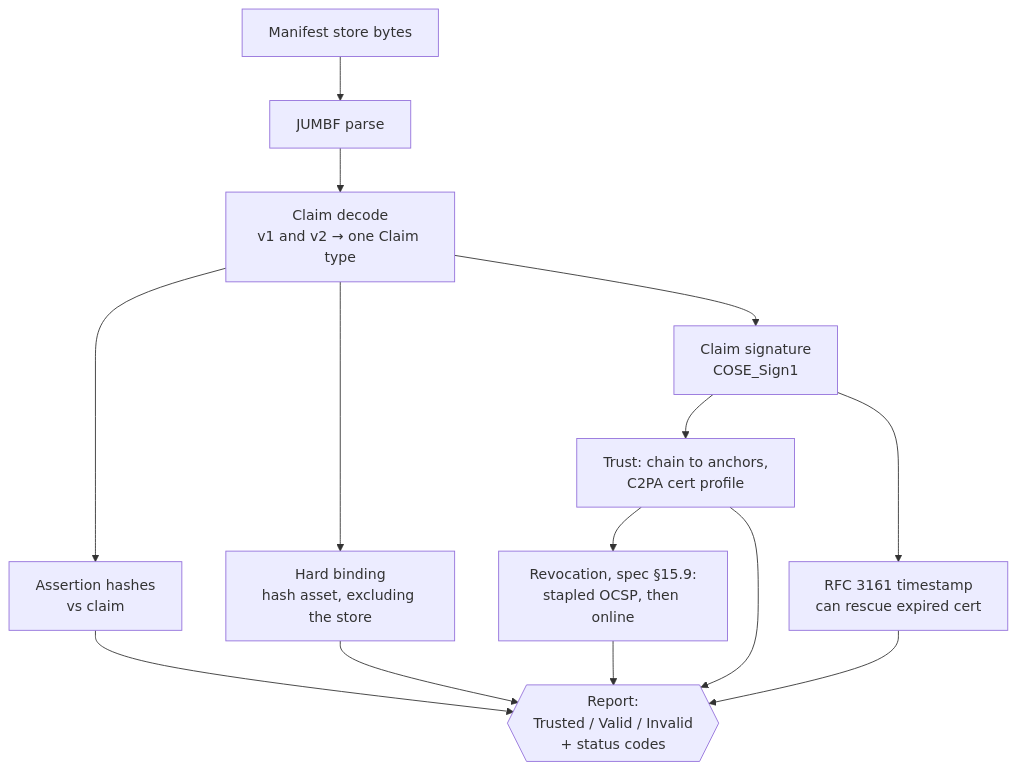
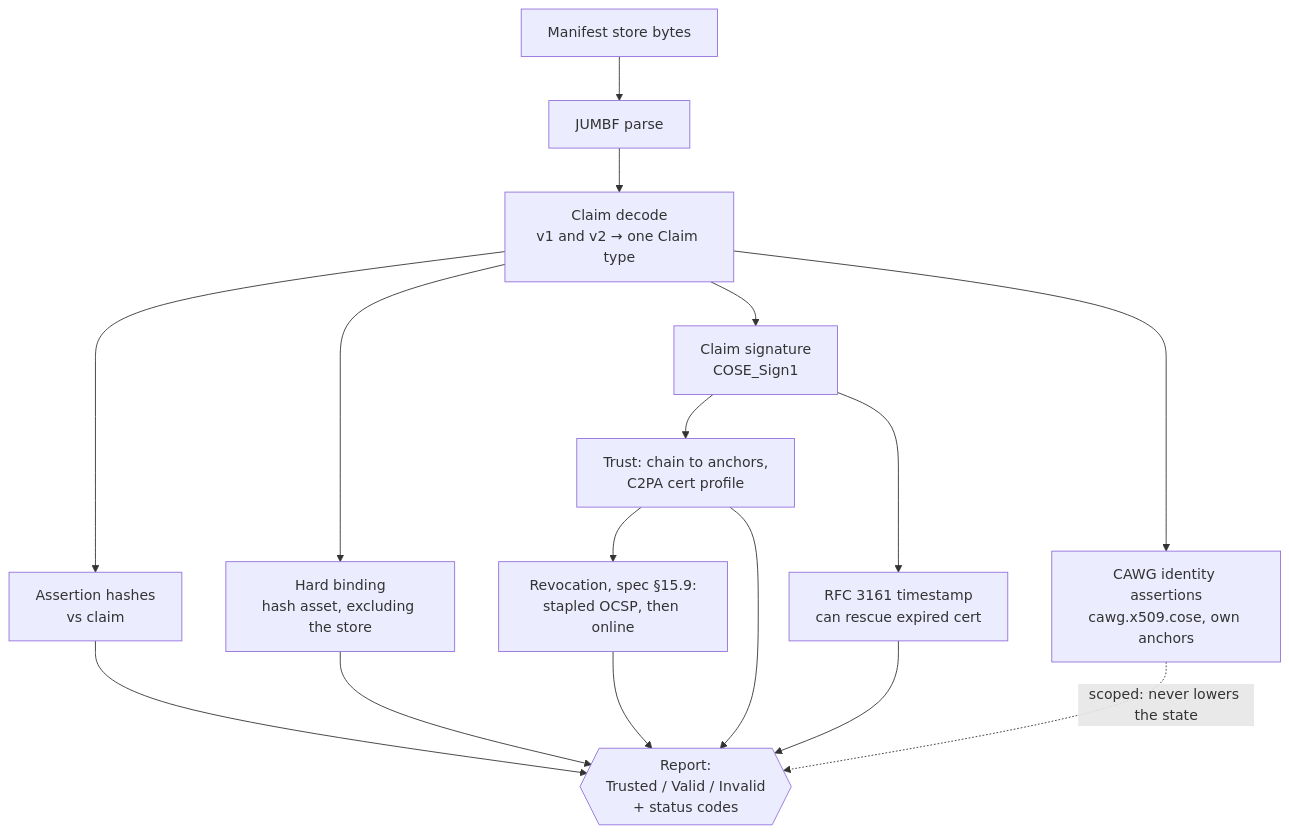
Before and after one commit to scouten/state-machine-experiment: the second of 3 diagrams in docs/walkthrough/03-read-path.md, drawn with Mermaid. The commit also changed other lines of this file and 44 other files, not shown here.

First line of the commit message:
Add CAWG identity assertions (X.509) to the reader and builder (#26)

````diff
--- a/docs/walkthrough/03-read-path.md
+++ b/docs/walkthrough/03-read-path.md
@@ -28,12 +28,14 @@
 ```mermaid
 flowchart TD
     A[Manifest store bytes] --> B[JUMBF parse]
     B --> C[Claim decode<br/>v1 and v2 → one Claim type]
     C --> D[Assertion hashes<br/>vs claim]
     C --> E[Hard binding<br/>hash asset, excluding the store]
     C --> F[Claim signature<br/>COSE_Sign1]
     F --> G[Trust: chain to anchors,<br/>C2PA cert profile]
     F --> H[RFC 3161 timestamp<br/>can rescue expired cert]
     G --> I[Revocation, spec §15.9:<br/>stapled OCSP, then online]
+    C --> J[CAWG identity assertions<br/>cawg.x509.cose, own anchors]
     D & E & G & H & I --> V{{"Report:<br/>Trusted / Valid / Invalid<br/>+ status codes"}}
+    J -.->|"scoped: never lowers the state"| V
 ```
````
